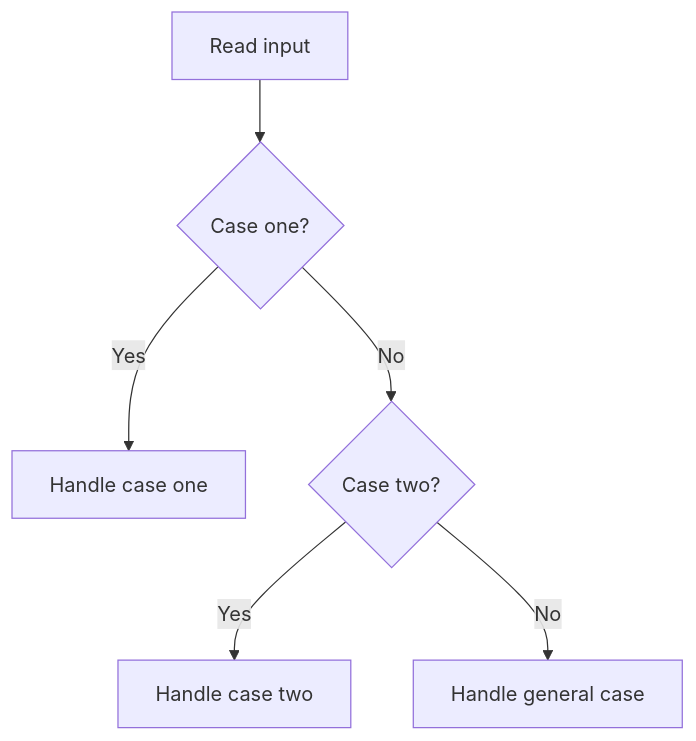
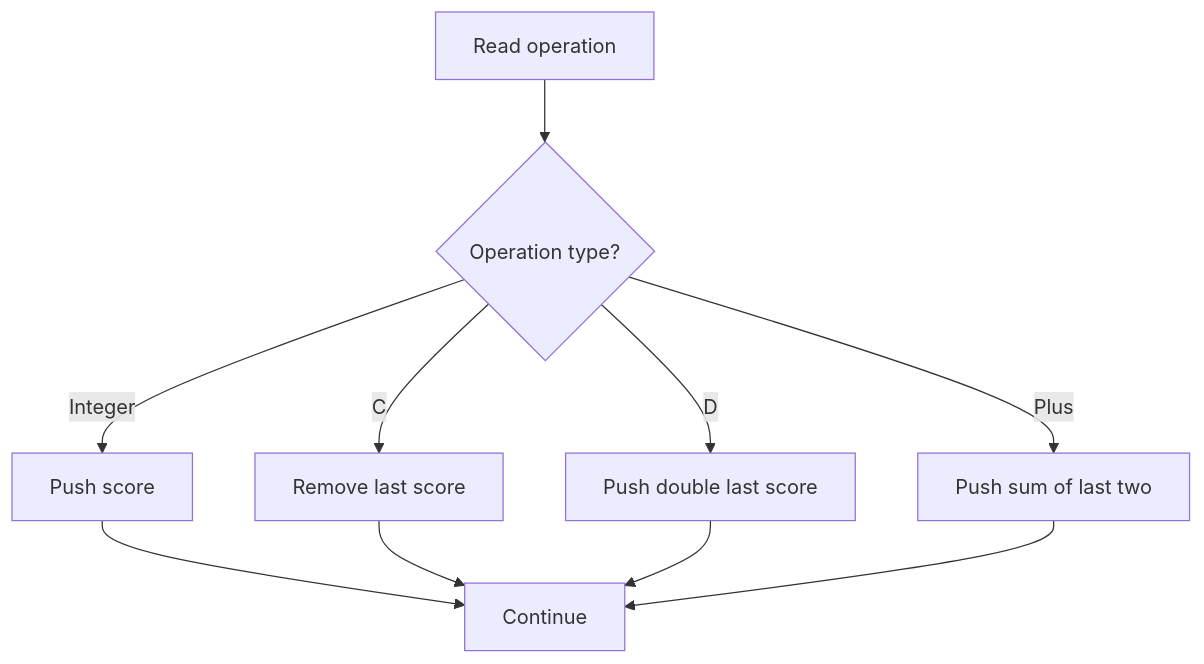
The fifth of 23 diagrams in CP_DSA_NOTES/001_TOPIC_WISE/013_ADHOC_PROBLEMS.md (mthaiseer/springcloud-systemdesign-notes), drawn with Mermaid before and after one commit. The commit also changed other lines of this file and 1 other file, not shown here.

````diff
--- a/CP_DSA_NOTES/001_TOPIC_WISE/013_ADHOC_PROBLEMS.md
+++ b/CP_DSA_NOTES/001_TOPIC_WISE/013_ADHOC_PROBLEMS.md
@@ -415,8 +336,12 @@
 ```mermaid
 flowchart TD
-    A["Read input"] --> B{"Case one?"}
-    B -->|Yes| C["Handle case one"]
-    B -->|No| D{"Case two?"}
-    D -->|Yes| E["Handle case two"]
-    D -->|No| F["Handle general case"]
+    A["Read operation"] --> B{"Operation type?"}
+    B -->|Integer| C["Push score"]
+    B -->|C| D["Remove last score"]
+    B -->|D| E["Push double last score"]
+    B -->|Plus| F["Push sum of last two"]
+    C --> G["Continue"]
+    D --> G
+    E --> G
+    F --> G
 ```
````
